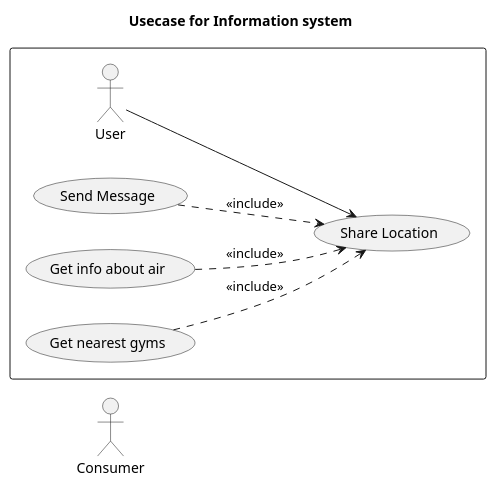
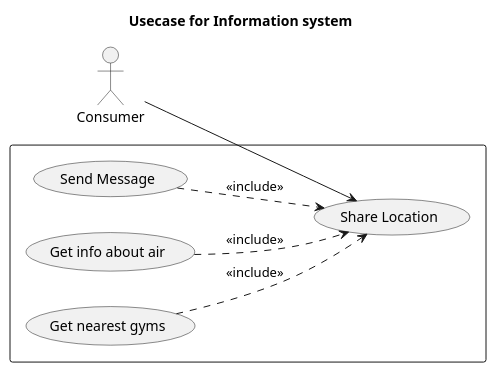
Before and after one commit to oleksandrblazhko/ai201-kalarashan: the diagram in 2-SoftwareDesign/2.7-PlantUML/UML-UseCase.puml, drawn with PlantUML.

```diff
--- a/2-SoftwareDesign/2.7-PlantUML/UML-UseCase.puml
+++ b/2-SoftwareDesign/2.7-PlantUML/UML-UseCase.puml
@@ -1,14 +1,14 @@
 @startuml 
 title Usecase for Information system
 left to right direction
 skinparam packageStyle rect
 
 actor Consumer
 
 rectangle {
-  User --> (Share Location)
+  Consumer --> (Share Location)
   (Send Message) ..> (Share Location) : <<include>>
   (Get info about air) ..> (Share Location) : <<include>>
   (Get nearest gyms) ..> (Share Location) : <<include>>
 }
 @enduml
```
